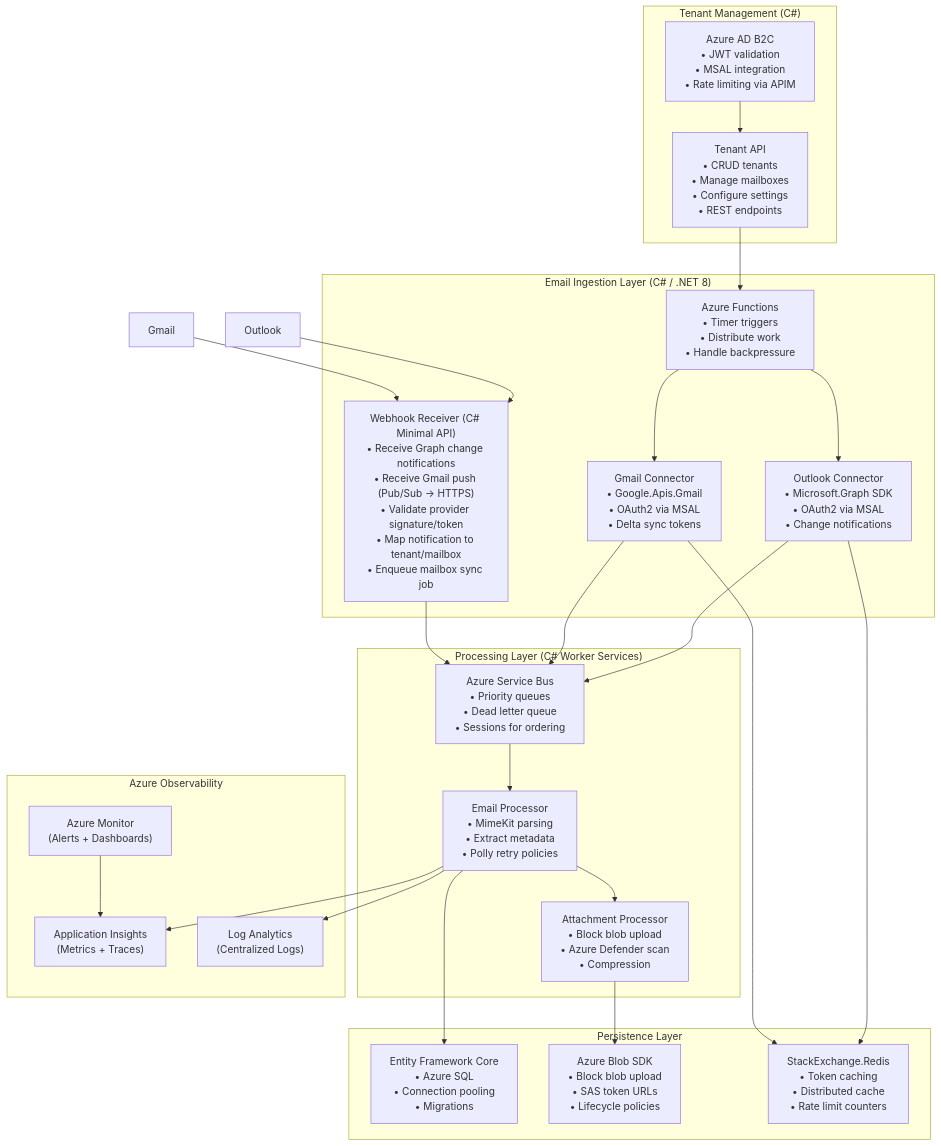
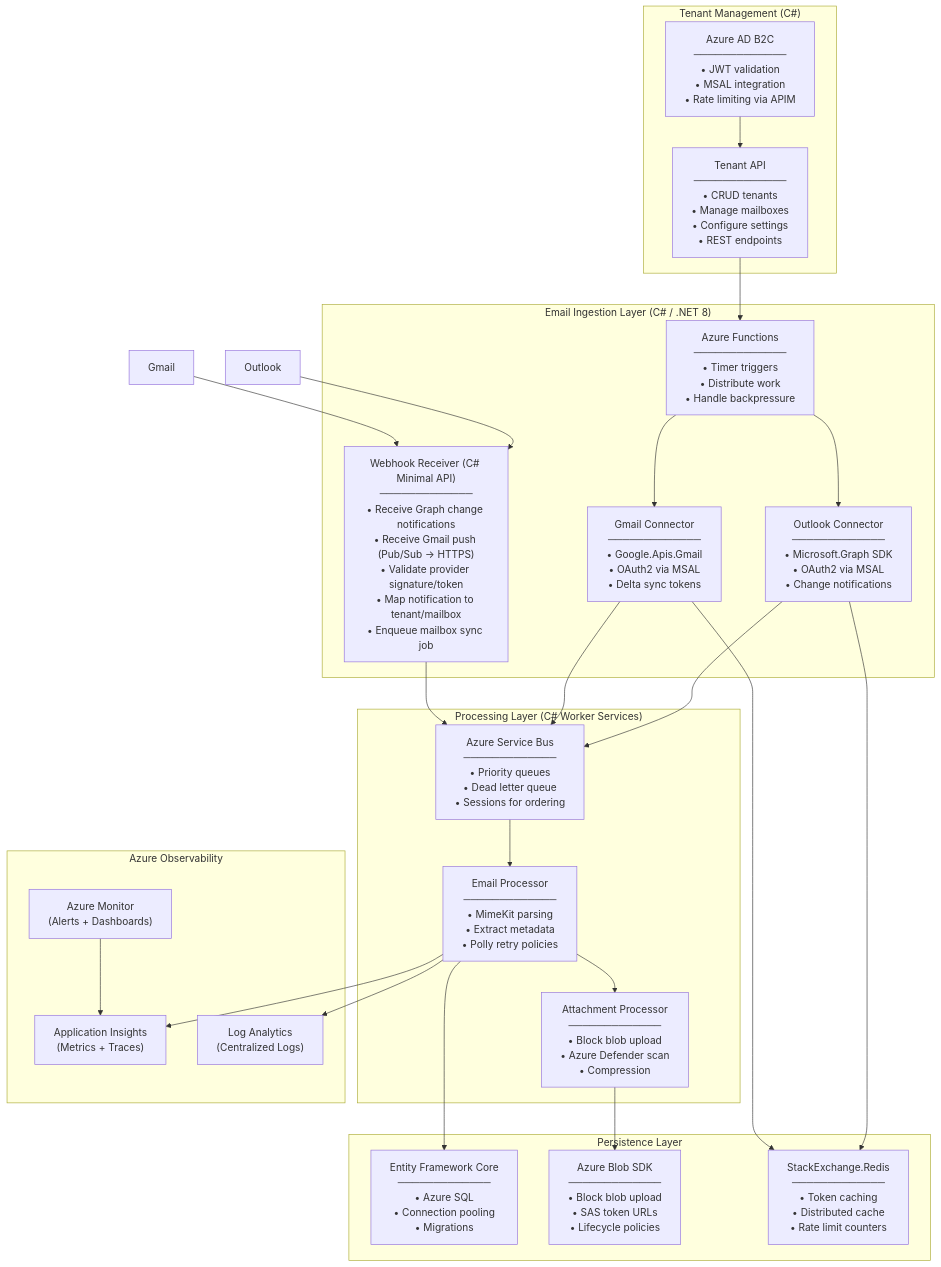
One commit to MarounM93/gekko-waybills changed the second of 7 diagrams in MAIL_UPLOADER_ARCHITECTURE.md. Above: the diagram before and after it, drawn with Mermaid.

Commit message:
Final submission: backend, frontend, caching, logging, docs & architecture

````diff
--- a/MAIL_UPLOADER_ARCHITECTURE.md
+++ b/MAIL_UPLOADER_ARCHITECTURE.md
@@ -108,66 +108,66 @@
 ```mermaid
 flowchart TB
     subgraph Tenant_Management["Tenant Management (C#)"]
-        TenantAPI["Tenant API\n• CRUD tenants\n• Manage mailboxes\n• Configure settings\n• REST endpoints"]
-        AuthService["Azure AD B2C\n• JWT validation\n• MSAL integration\n• Rate limiting via APIM"]
+        TenantAPI["Tenant API<br/>─────────────<br/>• CRUD tenants<br/>• Manage mailboxes<br/>• Configure settings<br/>• REST endpoints"]
+        AuthService["Azure AD B2C<br/>─────────────<br/>• JWT validation<br/>• MSAL integration<br/>• Rate limiting via APIM"]
     end
 
     subgraph Email_Ingestion["Email Ingestion Layer (C# / .NET 8)"]
-        Scheduler["Azure Functions\n• Timer triggers\n• Distribute work\n• Handle backpressure"]
+        Scheduler["Azure Functions<br/>─────────────<br/>• Timer triggers<br/>• Distribute work<br/>• Handle backpressure"]
 
-        WebhookReceiver["Webhook Receiver (C# Minimal API)\n• Receive Graph change notifications\n• Receive Gmail push (Pub/Sub -> HTTPS)\n• Validate provider signature/token\n• Map notification to tenant/mailbox\n• Enqueue mailbox sync job"]
+        WebhookReceiver["Webhook Receiver (C# Minimal API)<br/>─────────────<br/>• Receive Graph change notifications<br/>• Receive Gmail push (Pub/Sub -> HTTPS)<br/>• Validate provider signature/token<br/>• Map notification to tenant/mailbox<br/>• Enqueue mailbox sync job"]
         
-        GmailConnector["Gmail Connector\n• Google.Apis.Gmail\n• OAuth2 via MSAL\n• Delta sync tokens"]
+        GmailConnector["Gmail Connector<br/>─────────────<br/>• Google.Apis.Gmail<br/>• OAuth2 via MSAL<br/>• Delta sync tokens"]
         
-        OutlookConnector["Outlook Connector\n• Microsoft.Graph SDK\n• OAuth2 via MSAL\n• Change notifications"]
+        OutlookConnector["Outlook Connector<br/>─────────────<br/>• Microsoft.Graph SDK<br/>• OAuth2 via MSAL<br/>• Change notifications"]
     end
 
     subgraph Processing["Processing Layer (C# Worker Services)"]
-        EmailQueue["Azure Service Bus\n• Priority queues\n• Dead letter queue\n• Sessions for ordering"]
+        EmailQueue["Azure Service Bus<br/>─────────────<br/>• Priority queues<br/>• Dead letter queue<br/>• Sessions for ordering"]
         
-        EmailProcessor["Email Processor\n• MimeKit parsing\n• Extract metadata\n• Polly retry policies"]
+        EmailProcessor["Email Processor<br/>─────────────<br/>• MimeKit parsing<br/>• Extract metadata<br/>• Polly retry policies"]
         
-        AttachmentProcessor["Attachment Processor\n• Block blob upload\n• Azure Defender scan\n• Compression"]
+        AttachmentProcessor["Attachment Processor<br/>─────────────<br/>• Block blob upload<br/>• Azure Defender scan<br/>• Compression"]
     end
 
     subgraph Persistence["Persistence Layer"]
-        DBService["Entity Framework Core\n• Azure SQL\n• Connection pooling\n• Migrations"]
+        DBService["Entity Framework Core<br/>─────────────<br/>• Azure SQL<br/>• Connection pooling<br/>• Migrations"]
         
-        StorageService["Azure Blob SDK\n• Block blob upload\n• SAS token URLs\n• Lifecycle policies"]
+        StorageService["Azure Blob SDK<br/>─────────────<br/>• Block blob upload<br/>• SAS token URLs<br/>• Lifecycle policies"]
         
-        CacheService["StackExchange.Redis\n• Token caching\n• Distributed cache\n• Rate limit counters"]
+        CacheService["StackExchange.Redis<br/>─────────────<br/>• Token caching<br/>• Distributed cache<br/>• Rate limit counters"]
     end
 
     subgraph Observability["Azure Observability"]
         AppInsights["Application Insights\n(Metrics + Traces)"]
         LogAnalytics["Log Analytics\n(Centralized Logs)"]
         AzureMonitor["Azure Monitor\n(Alerts + Dashboards)"]
     end
 
     TenantAPI --> Scheduler
     AuthService --> TenantAPI
 
     Gmail --> WebhookReceiver
     Outlook --> WebhookReceiver
     
     Scheduler --> GmailConnector
     Scheduler --> OutlookConnector
 
     WebhookReceiver --> EmailQueue
     
     GmailConnector --> EmailQueue
     OutlookConnector --> EmailQueue
     
     EmailQueue --> EmailProcessor
     EmailProcessor --> AttachmentProcessor
     
     EmailProcessor --> DBService
     AttachmentProcessor --> StorageService
     
     GmailConnector --> CacheService
     OutlookConnector --> CacheService
     
     EmailProcessor --> AppInsights
     EmailProcessor --> LogAnalytics
     AzureMonitor --> AppInsights
 ```
````
